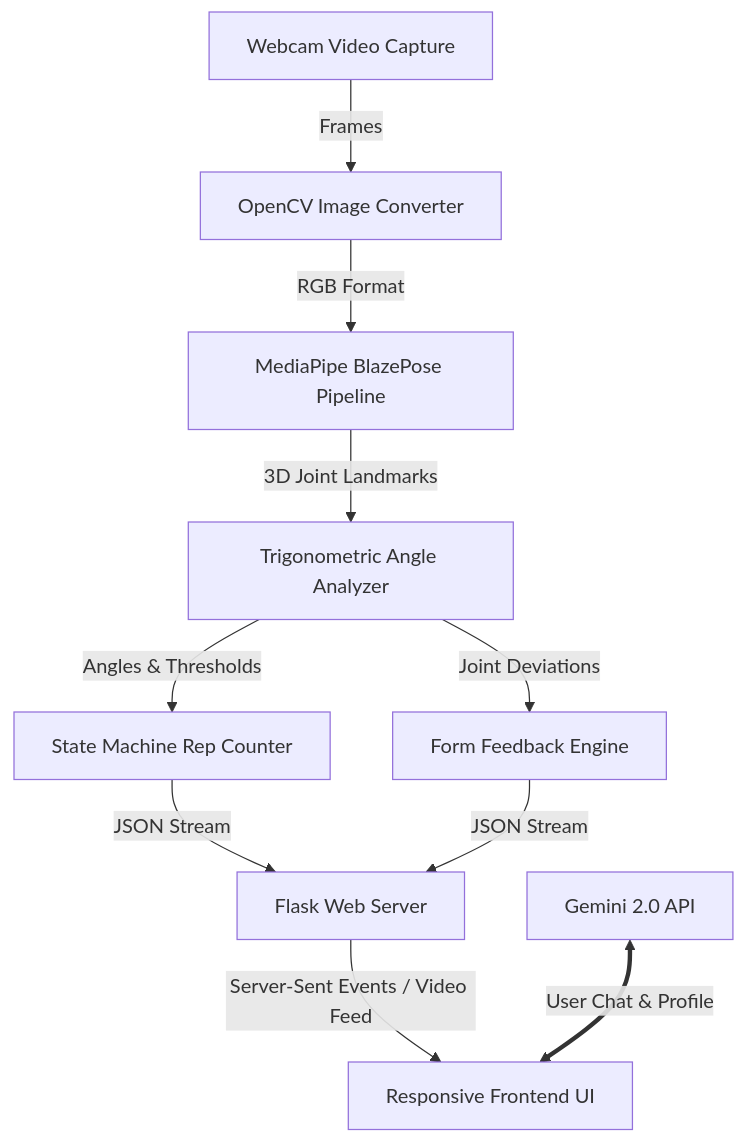
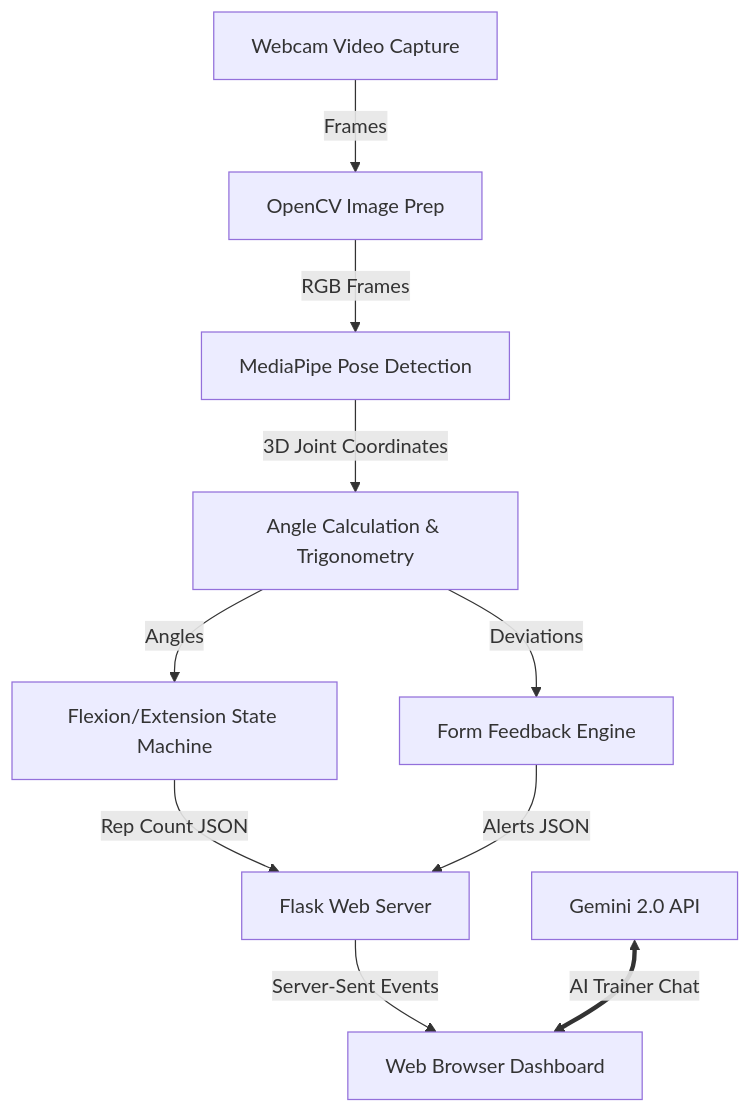
One commit to mnarla/formova changed the diagram in OpenCV_AIworkout/README.md. Above: the diagram before and after it, drawn with Mermaid. The commit also changed other lines of this file and 2 other files, not shown here.

````diff
--- a/OpenCV_AIworkout/README.md
+++ b/OpenCV_AIworkout/README.md
@@ -31,12 +28,12 @@
 ```mermaid
 graph TD
-    A[Webcam Video Capture] -->|Frames| B[OpenCV Image Converter]
-    B -->|RGB Format| C[MediaPipe BlazePose Pipeline]
-    C -->|3D Joint Landmarks| D[Trigonometric Angle Analyzer]
-    D -->|Angles & Thresholds| E[State Machine Rep Counter]
-    D -->|Joint Deviations| F[Form Feedback Engine]
-    E -->|JSON Stream| G[Flask Web Server]
-    F -->|JSON Stream| G
-    G -->|Server-Sent Events / Video Feed| H[Responsive Frontend UI]
-    I[Gemini 2.0 API] <==>|User Chat & Profile| H
+    A[Webcam Video Capture] -->|Frames| B[OpenCV Image Prep]
+    B -->|RGB Frames| C[MediaPipe Pose Detection]
+    C -->|3D Joint Coordinates| D[Angle Calculation & Trigonometry]
+    D -->|Angles| E[Flexion/Extension State Machine]
+    D -->|Deviations| F[Form Feedback Engine]
+    E -->|Rep Count JSON| G[Flask Web Server]
+    F -->|Alerts JSON| G
+    G -->|Server-Sent Events| H[Web Browser Dashboard]
+    I[Gemini 2.0 API] <==>|AI Trainer Chat| H
 ```
````
